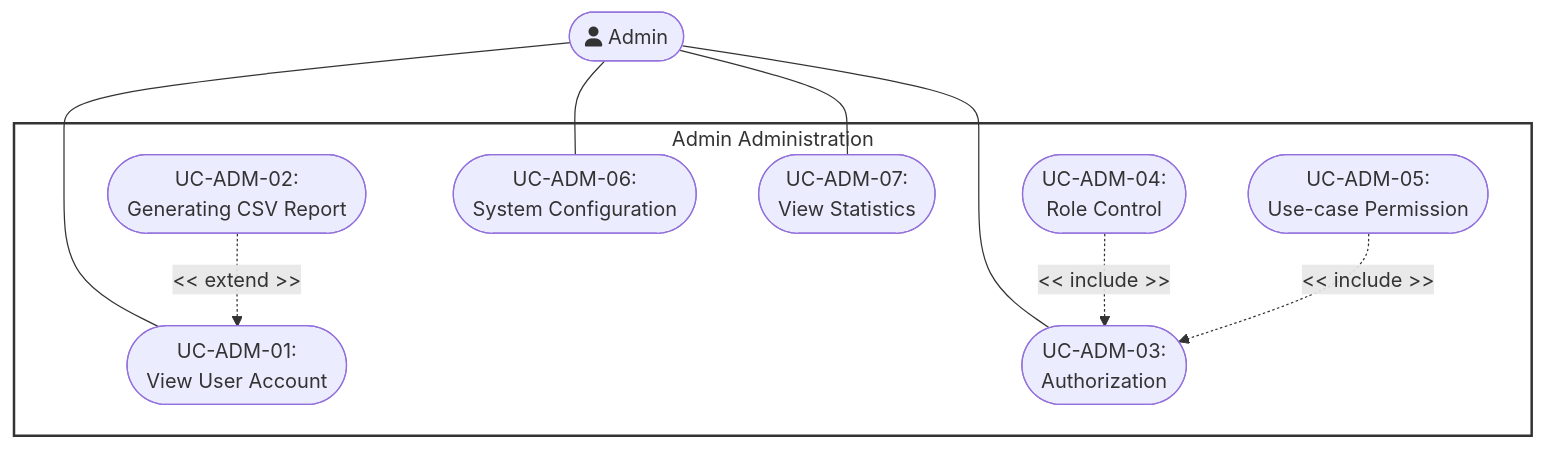
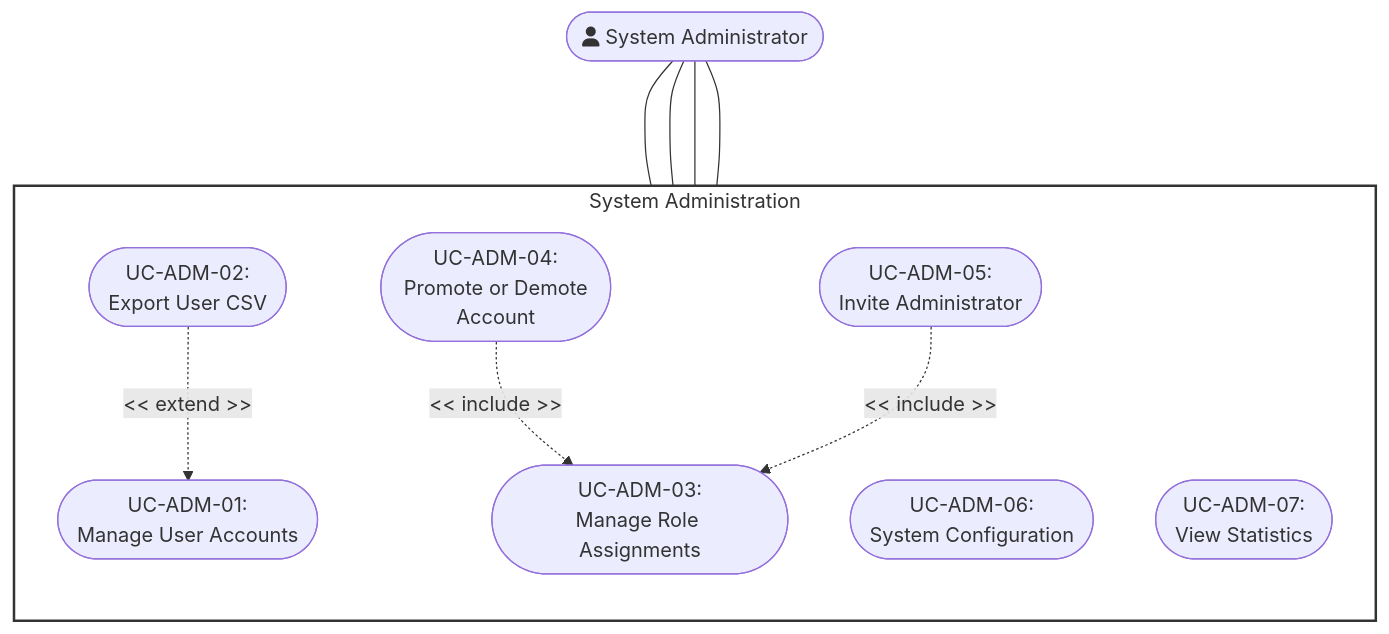
The ninth of 9 diagrams in docs/management/PA4/Use-CaseDiagram.md (DuyNhat1705/AmeThyst-Library), drawn with Mermaid before and after one commit. The commit also changed other lines of this file and 13 other files, not shown here.

````diff
--- a/docs/management/PA4/Use-CaseDiagram.md
+++ b/docs/management/PA4/Use-CaseDiagram.md
@@ -357,19 +325,27 @@
 ```mermaid
 flowchart TD
- subgraph AdminAdministration["Admin Administration"]
-        UC1(["<center>UC-ADM-01:<br>View User Account</center>"])
-        UC2(["<center>UC-ADM-02:<br>Generating CSV Report</center>"])
-        UC3(["<center>UC-ADM-03:<br>Authorization</center>"])
-        UC4(["<center>UC-ADM-04:<br>Role Control</center>"])
-        UC5(["<center>UC-ADM-05:<br>Use-case Permission</center>"])
-        UC6(["<center>UC-ADM-06:<br>System Configuration</center>"])
-        UC7(["<center>UC-ADM-07:<br>View Statistics</center>"])
-  end
-    Admin(["<center>fa:fa-user Admin</center>"]) ~~~~ AdminAdministration
-    Admin --- UC1 & UC3 & UC6 & UC7
-    UC2 -. "<< extend >>" .-> UC1
-    UC4 -. "<< include >>" .-> UC3
-    UC5 -. "<< include >>" .-> UC3
+    Admin(["<center>fa:fa-user System Administrator</center>"])
+
+    subgraph AdminAdministration [System Administration]
+        direction TB
+        UC_Accounts(["<center>UC-ADM-01:<br/>Manage User Accounts</center>"])
+        UC_Export(["<center>UC-ADM-02:<br/>Export User CSV</center>"])
+        UC_Roles(["<center>UC-ADM-03:<br/>Manage Role Assignments</center>"])
+        UC_ChangeRole(["<center>UC-ADM-04:<br/>Promote or Demote<br/>Account</center>"])
+        UC_InviteAdmin(["<center>UC-ADM-05:<br/>Invite Administrator</center>"])
+        UC_Config(["<center>UC-ADM-06:<br/>System Configuration</center>"])
+        UC_Statistics(["<center>UC-ADM-07:<br/>View Statistics</center>"])
+
+        UC_Export -. "<< extend >>" .-> UC_Accounts
+        UC_ChangeRole -. "<< include >>" .-> UC_Roles
+        UC_InviteAdmin -. "<< include >>" .-> UC_Roles
+    end
+
+    Admin ~~~~ AdminAdministration
+    Admin --- UC_Accounts
+    Admin --- UC_Roles
+    Admin --- UC_Config
+    Admin --- UC_Statistics
 
     style AdminAdministration fill:#fff,stroke:#333,stroke-width:2px
 ```
````
